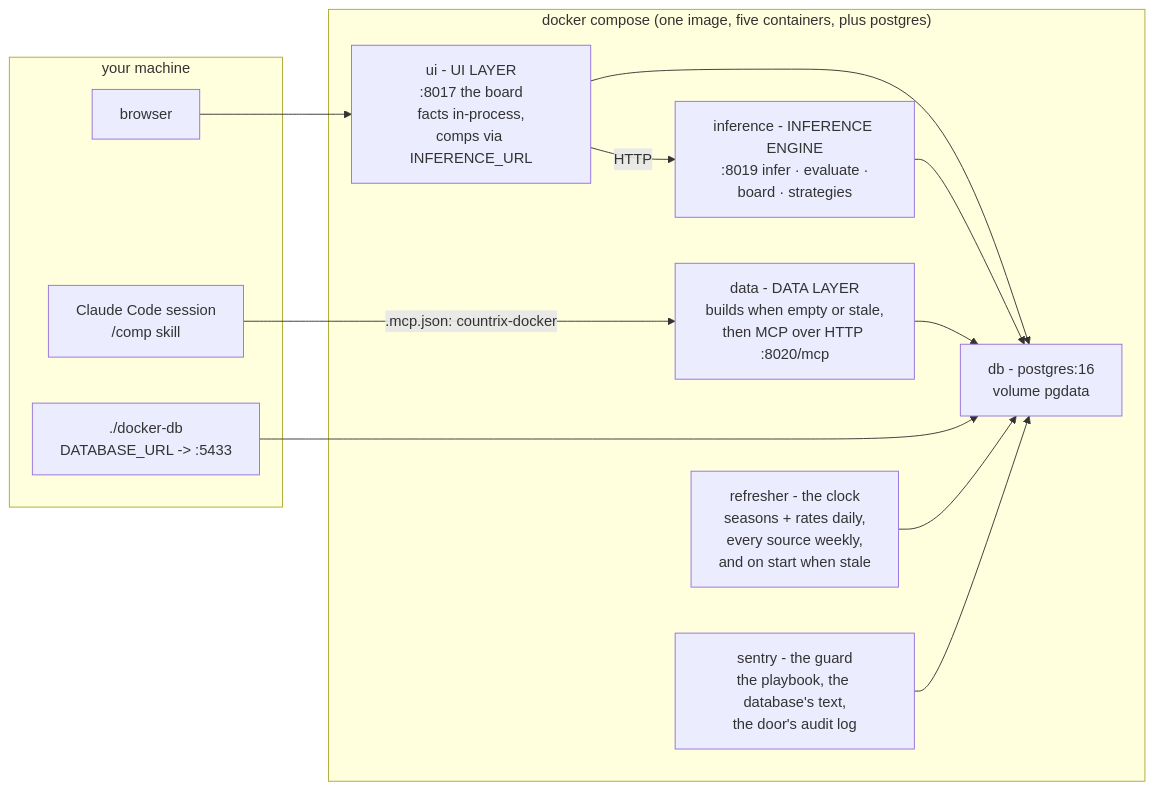
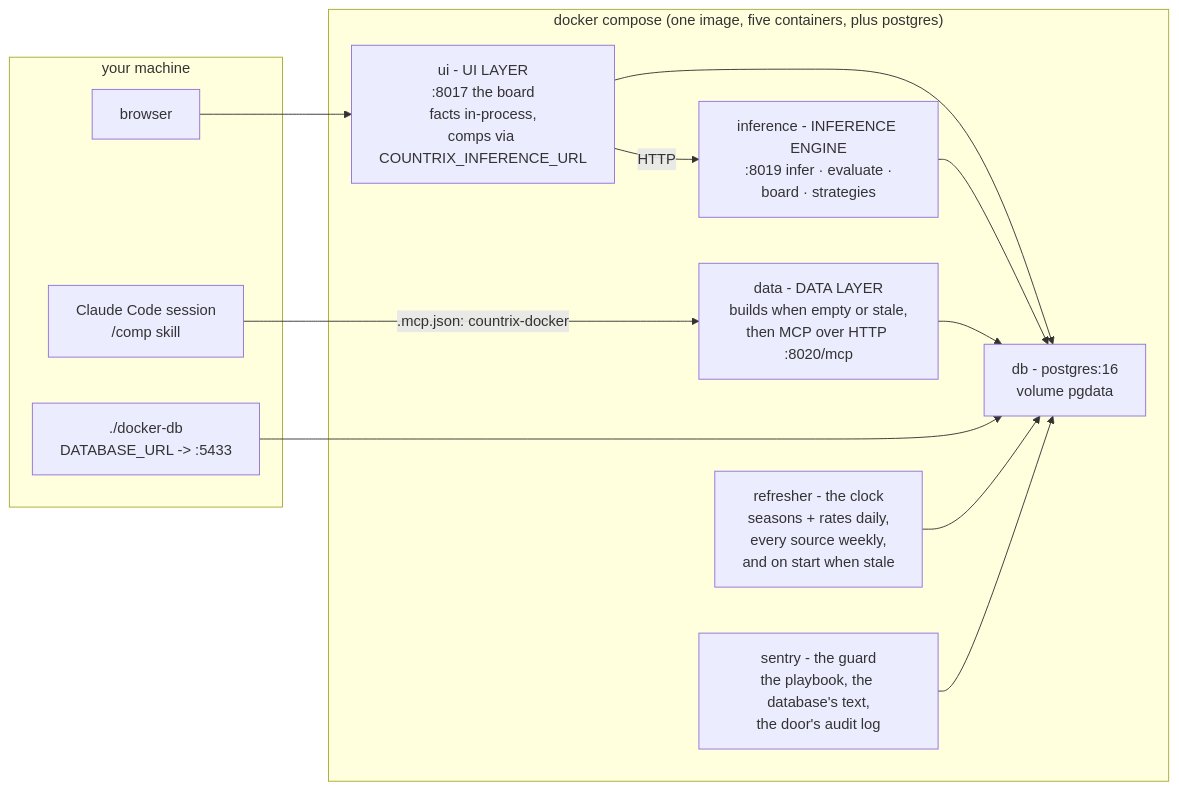
The second of 2 diagrams in docs/architecture.md (mmikol/counter-utility-matrix), drawn with Mermaid before and after one commit. The commit also changed other lines of this file and 8 other files, not shown here.

First line of the commit message:
The inference service URL is COUNTRIX_INFERENCE_URL

````diff
--- a/docs/architecture.md
+++ b/docs/architecture.md
@@ -126,25 +126,25 @@
 ```mermaid
 flowchart LR
     subgraph HOST["your machine"]
         SESSION["Claude Code session<br/>/comp skill"]
         BROWSER["browser"]
         SHELL["./docker-db<br/>DATABASE_URL -> :5433"]
     end
     subgraph DOCKER["docker compose (one image, five containers, plus postgres)"]
         DATA["data - DATA LAYER<br/>builds when empty or stale,<br/>then MCP over HTTP :8020/mcp"]
         INF["inference - INFERENCE ENGINE<br/>:8019 infer · evaluate ·<br/>board · strategies"]
-        UI["ui - UI LAYER<br/>:8017 the board<br/>facts in-process,<br/>comps via INFERENCE_URL"]
+        UI["ui - UI LAYER<br/>:8017 the board<br/>facts in-process,<br/>comps via COUNTRIX_INFERENCE_URL"]
         DBC["db - postgres:16<br/>volume pgdata"]
         REF["refresher - the clock<br/>seasons + rates daily,<br/>every source weekly,<br/>and on start when stale"]
         SEN["sentry - the guard<br/>the playbook, the database's text,<br/>the door's audit log"]
     end
     SESSION -->|".mcp.json: countrix-docker"| DATA
     BROWSER --> UI
     UI -->|"HTTP"| INF
     UI --> DBC
     INF --> DBC
     DATA --> DBC
     SHELL --> DBC
     REF --> DBC
     SEN --> DBC
 ```
````
